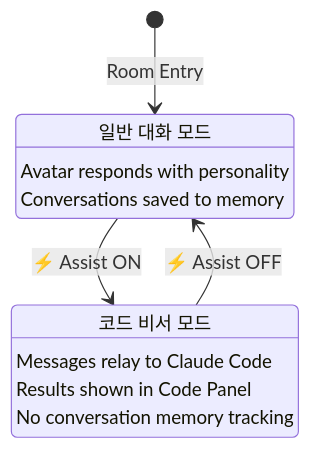
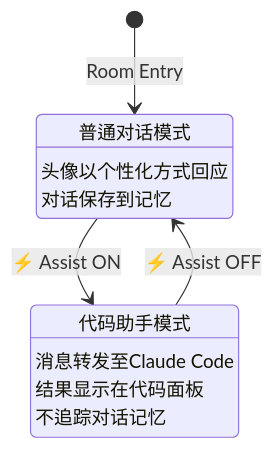
Before and after one commit to nskit-io/nvatar-code-assist: the fourth of 5 diagrams in docs/README_ZH.md, drawn with Mermaid. The commit also changed 1 other file, not shown here.

Commit message:
fix: translate Mermaid state diagram labels (KO→JA/ZH)

````diff
--- a/docs/README_ZH.md
+++ b/docs/README_ZH.md
@@ -110,15 +110,15 @@
 ```mermaid
 stateDiagram-v2
     [*] --> NormalMode: Room Entry
     NormalMode --> AssistMode: ⚡ Assist ON
     AssistMode --> NormalMode: ⚡ Assist OFF
 
-    NormalMode: 일반 대화 모드
-    NormalMode: Avatar responds with personality
-    NormalMode: Conversations saved to memory
+    NormalMode: 普通对话模式
+    NormalMode: 头像以个性化方式回应
+    NormalMode: 对话保存到记忆
 
-    AssistMode: 코드 비서 모드
-    AssistMode: Messages relay to Claude Code
-    AssistMode: Results shown in Code Panel
-    AssistMode: No conversation memory tracking
+    AssistMode: 代码助手模式
+    AssistMode: 消息转发至Claude Code
+    AssistMode: 结果显示在代码面板
+    AssistMode: 不追踪对话记忆
 ```
````
